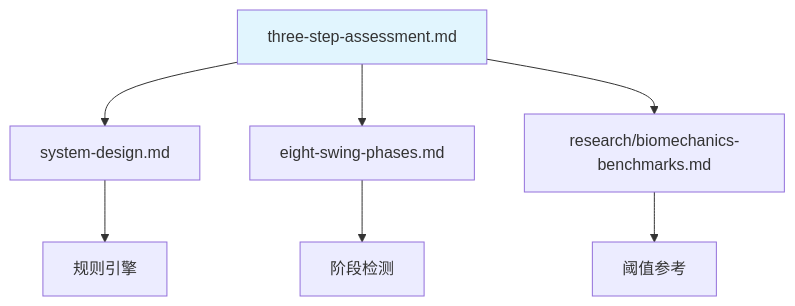
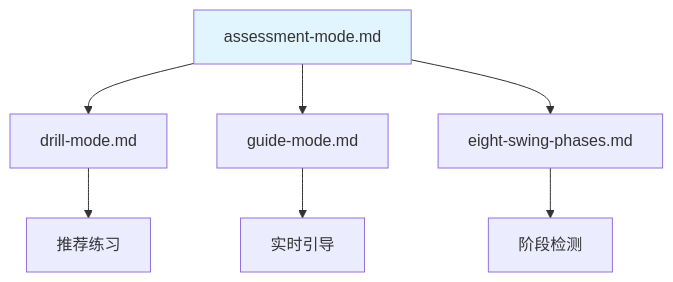
The diagram in docs/zh/design/specs/assessment-mode.md (movement-chain-ai/movement-chain-docs), drawn with Mermaid before and after one commit. The commit also changed other lines of this file and 1 other file, not shown here.

````diff
--- a/docs/zh/design/specs/assessment-mode.md
+++ b/docs/zh/design/specs/assessment-mode.md
@@ -685,12 +501,12 @@
 ```mermaid
 graph TD
-    A[three-step-assessment.md] --> B[system-design.md]
-    A --> C[eight-swing-phases.md]
-    A --> D[research/biomechanics-benchmarks.md]
+    A[assessment-mode.md] --> B[drill-mode.md]
+    A --> C[guide-mode.md]
+    A --> D[eight-swing-phases.md]
 
-    B --> E[规则引擎]
-    C --> F[阶段检测]
-    D --> G[阈值参考]
+    B --> E[推荐练习]
+    C --> F[实时引导]
+    D --> G[阶段检测]
 
     style A fill:#e1f5fe
 ```
````
